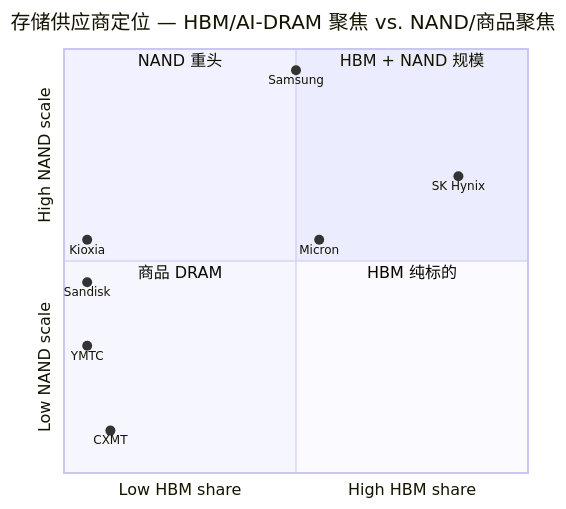
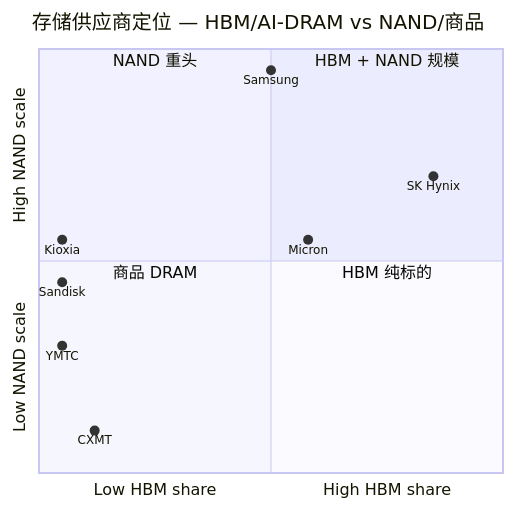
Before and after one commit to dadachundan/financial_agent: the fourth of 4 diagrams in reports/company/Micron_NASDAQ_MU/Micron_NASDAQ_MU_公司研究.md, drawn with Mermaid. The commit also changed other lines of this file, not shown here.

First line of the commit message:
feat(company-research): refresh Micron (MU) — FQ2-FY2026 actuals + decision layer

````diff
--- a/reports/company/Micron_NASDAQ_MU/Micron_NASDAQ_MU_公司研究.md
+++ b/reports/company/Micron_NASDAQ_MU/Micron_NASDAQ_MU_公司研究.md
@@ -303,17 +501,17 @@
 ```mermaid
 quadrantChart
-    title 存储供应商定位 — HBM/AI-DRAM 聚焦 vs. NAND/商品聚焦
+    title 存储供应商定位 — HBM/AI-DRAM vs NAND/商品
     x-axis Low HBM share --> High HBM share
     y-axis Low NAND scale --> High NAND scale
     quadrant-1 HBM + NAND 规模
     quadrant-2 NAND 重头
     quadrant-3 商品 DRAM
     quadrant-4 HBM 纯标的
-    Micron: [0.55, 0.55]
+    Micron: [0.58, 0.55]
     SK Hynix: [0.85, 0.70]
     Samsung: [0.50, 0.95]
     Kioxia: [0.05, 0.55]
     Sandisk: [0.05, 0.45]
-    CXMT: [0.10, 0.10]
+    CXMT: [0.12, 0.10]
     YMTC: [0.05, 0.30]
 ```
````
